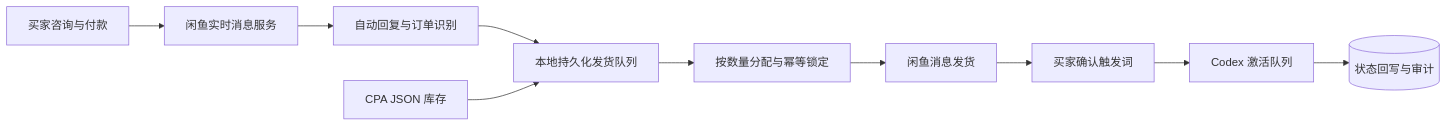
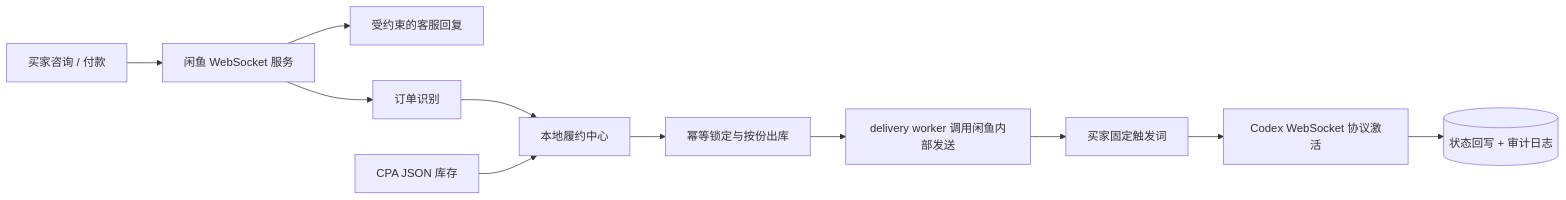
The diagram in README.md (ZorIgn/xianyu-codex-commerce-suite), drawn with Mermaid before and after one commit. The commit also changed other lines of this file, not shown here.

````diff
--- a/README.md
+++ b/README.md
@@ -38,12 +57,13 @@
 ```mermaid
 flowchart LR
-    Buyer[买家咨询与付款] --> Xianyu[闲鱼实时消息服务]
-    Xianyu --> Reply[自动回复与订单识别]
-    Reply --> Queue[本地持久化发货队列]
-    Inventory[CPA JSON 库存] --> Queue
-    Queue --> Allocate[按数量分配与幂等锁定]
-    Allocate --> Send[闲鱼消息发货]
-    Send --> Confirm[买家确认触发词]
-    Confirm --> Activate[Codex 激活队列]
-    Activate --> Audit[(状态回写与审计)]
+    B[买家咨询 / 付款] --> X[闲鱼 WebSocket 服务]
+    X --> C[受约束的客服回复]
+    X --> O[订单识别]
+    O --> F[本地履约中心]
+    J[CPA JSON 库存] --> F
+    F --> L[幂等锁定与按份出库]
+    L --> D[delivery worker 调用闲鱼内部发送]
+    D --> T[买家固定触发词]
+    T --> A[Codex WebSocket 协议激活]
+    A --> S[(状态回写 + 审计日志)]
 ```
````
